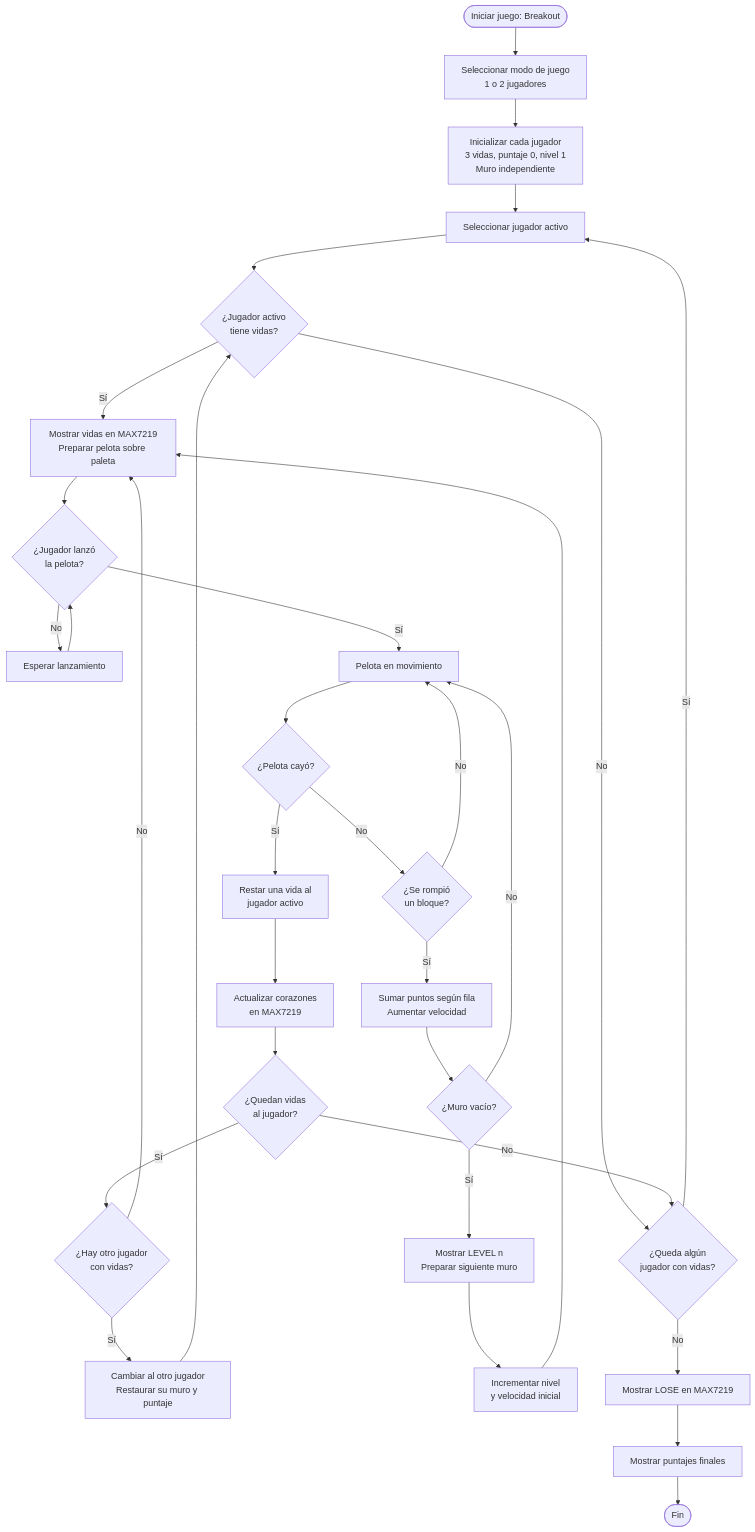
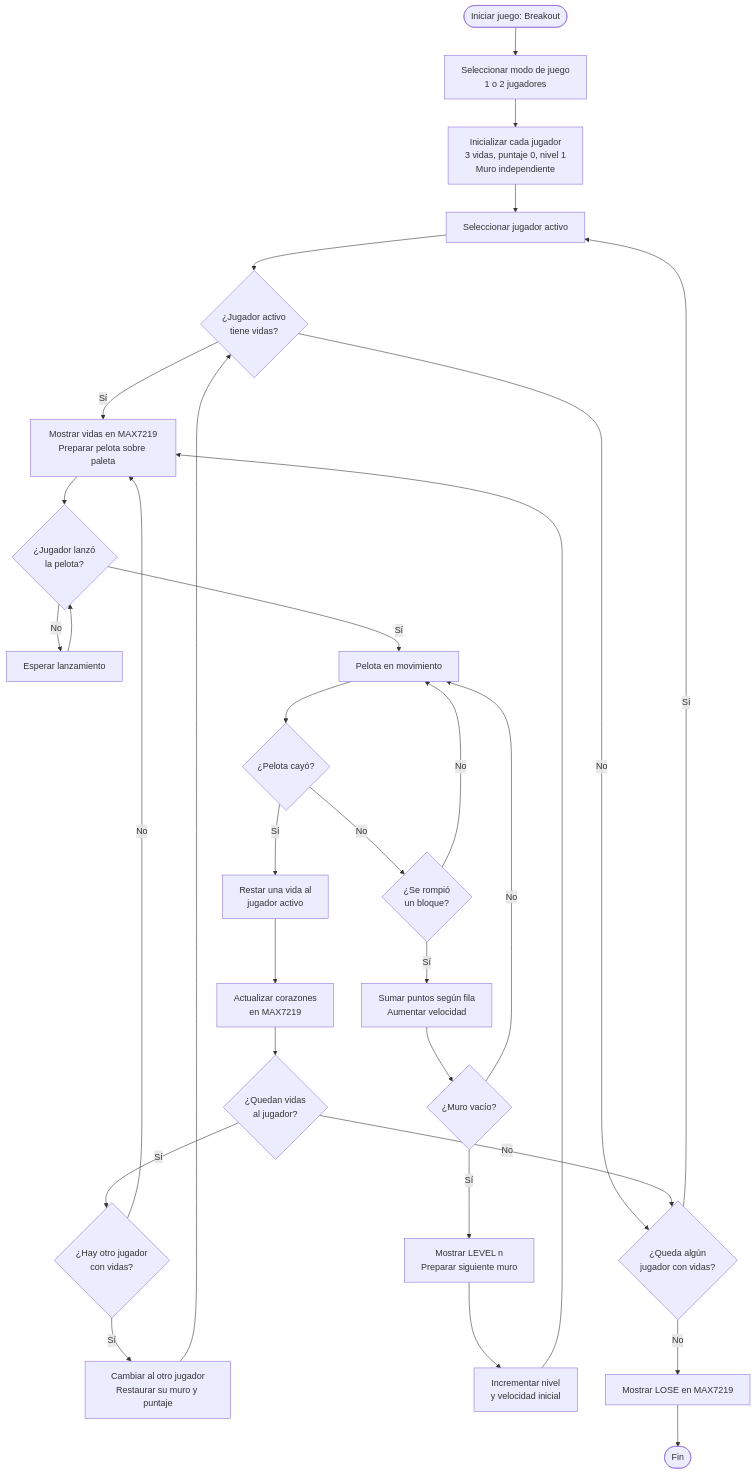
The fifth of 5 diagrams in docs/Diagrama-juegos/Diagrama-por-juegos.md (KUBIX2026/MAX7219-), drawn with Mermaid before and after one commit.

Commit message:
Update game flow by removing final scores display
Removed final scores display from flow and updated transitions.

````diff
--- a/docs/Diagrama-juegos/Diagrama-por-juegos.md
+++ b/docs/Diagrama-juegos/Diagrama-por-juegos.md
@@ -207,65 +207,64 @@
 ```mermaid
 
 
 flowchart TD
     A(["Iniciar juego: Breakout"])
     B["Seleccionar modo de juego<br/>1 o 2 jugadores"]
     C["Inicializar cada jugador<br/>3 vidas, puntaje 0, nivel 1<br/>Muro independiente"]
     D["Seleccionar jugador activo"]
     E{"¿Jugador activo<br/>tiene vidas?"}
     F["Mostrar vidas en MAX7219<br/>Preparar pelota sobre paleta"]
     G{"¿Jugador lanzó<br/>la pelota?"}
     H["Esperar lanzamiento"]
     I["Pelota en movimiento"]
     J{"¿Pelota cayó?"}
     K["Restar una vida al<br/>jugador activo"]
     L["Actualizar corazones<br/>en MAX7219"]
     M{"¿Quedan vidas<br/>al jugador?"}
     N{"¿Hay otro jugador<br/>con vidas?"}
     O["Cambiar al otro jugador<br/>Restaurar su muro y puntaje"]
     P{"¿Se rompió<br/>un bloque?"}
     Q["Sumar puntos según fila<br/>Aumentar velocidad"]
     R{"¿Muro vacío?"}
     S["Mostrar LEVEL n<br/>Preparar siguiente muro"]
     T["Incrementar nivel<br/>y velocidad inicial"]
     U["Mostrar LOSE en MAX7219"]
-    V["Mostrar puntajes finales"]
     W(["Fin"])
     X{"¿Queda algún<br/>jugador con vidas?"}
 
     A --> B --> C --> D --> E
 
     E -->|Sí| F
     E -->|No| X
     X -->|Sí| D
     X -->|No| U
 
     F --> G
     G -->|No| H
     H --> G
     G -->|Sí| I
 
     I --> J
 
     J -->|No| P
     P -->|No| I
     P -->|Sí| Q
     Q --> R
     R -->|No| I
     R -->|Sí| S
     S --> T
     T --> F
 
     J -->|Sí| K
     K --> L
     L --> M
 
     M -->|Sí| N
     M -->|No| X
 
     N -->|Sí| O
     N -->|No| F
     O --> E
 
-    U --> V --> W
+    U --> W
 ```
````
